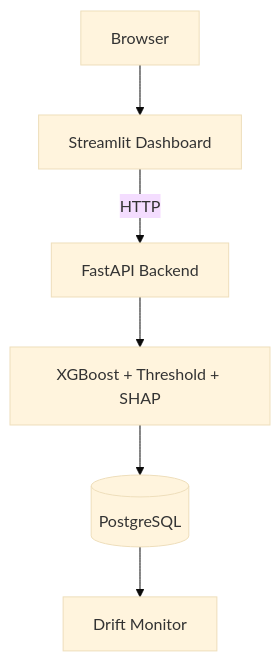
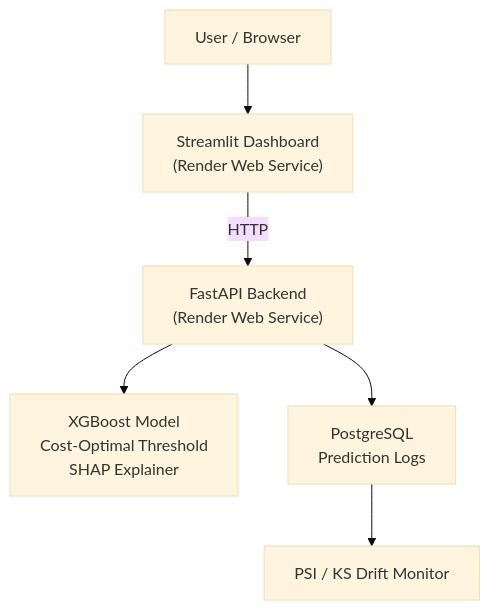
The diagram in README.md (S-Kamath-01/fraud-detection-cost-optimal), drawn with Mermaid (base theme) before and after one commit. The commit also changed other lines of this file and 4 other files, not shown here.

````diff
--- a/README.md
+++ b/README.md
@@ -91,8 +99,23 @@
 ```mermaid
 flowchart TD
-    A[Browser] --> B[Streamlit Dashboard]
-    B -->|HTTP| C[FastAPI Backend]
-    C --> D[XGBoost + Threshold + SHAP]
-    D --> E[(PostgreSQL)]
-    E --> F[Drift Monitor]
+
+    U["User / Browser"]
+
+    S["Streamlit Dashboard<br/>(Render Web Service)"]
+
+    F["FastAPI Backend<br/>(Render Web Service)"]
+
+    M["XGBoost Model<br/>Cost-Optimal Threshold<br/>SHAP Explainer"]
+
+    DB["PostgreSQL<br/>Prediction Logs"]
+
+    D["PSI / KS Drift Monitor"]
+
+    U --> S
+    S -->|HTTP| F
+
+    F --> M
+    F --> DB
+
+    DB --> D
 ```
````
